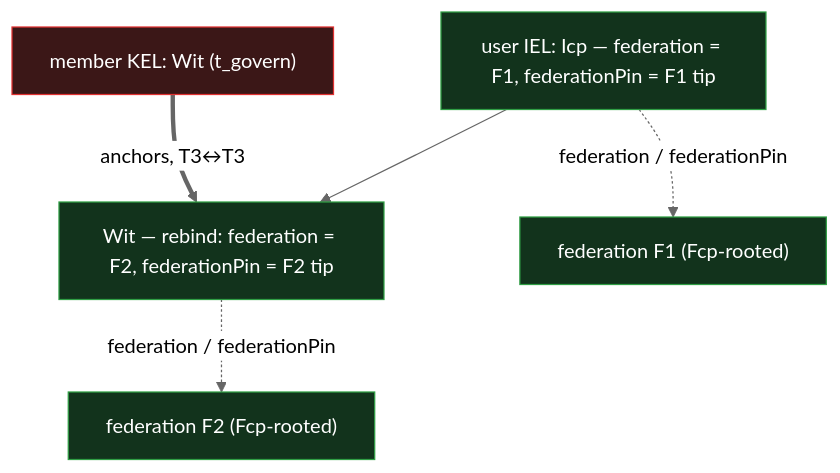
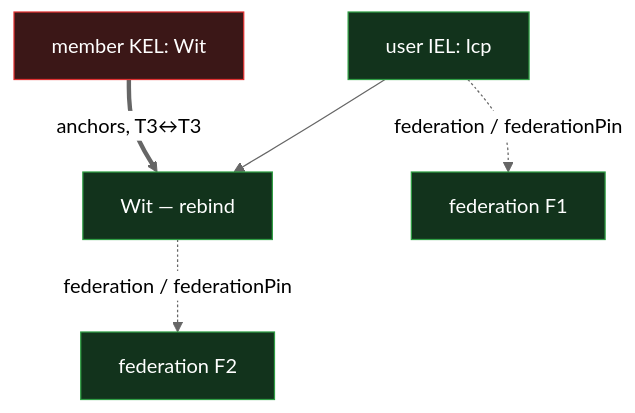
One commit to jasoncolburne/vdti changed the second of 2 diagrams in docs/design/federation/bootstrap.md. Above: the diagram before and after it, drawn with Mermaid (neutral theme). The commit also changed other lines of this file and 7 other files, not shown here.

Commit message:
VDTI-10: Diagram updates

````diff
--- a/docs/design/federation/bootstrap.md
+++ b/docs/design/federation/bootstrap.md
@@ -38,12 +38,12 @@
 ```mermaid
 flowchart TB
-  uIcp["user IEL: Icp — federation = F1, federationPin = F1 tip"]:::iel --> uWit["Wit — rebind: federation = F2, federationPin = F2 tip"]:::iel
-  kWit["member KEL: Wit (t_govern)"]:::kel
-  F1["federation F1 (Fcp-rooted)"]:::iel
-  F2["federation F2 (Fcp-rooted)"]:::iel
+  uIcp["user IEL: Icp"]:::iel --> uWit["Wit — rebind"]:::iel
+  kWit["member KEL: Wit"]:::kel
+  F1["federation F1"]:::iel
+  F2["federation F2"]:::iel
   uIcp -.->|federation / federationPin| F1
   uWit -.->|federation / federationPin| F2
   kWit ==>|anchors, T3↔T3| uWit
   classDef kel fill:#3b1717,stroke:#e03131,color:#fff
   classDef iel fill:#12331c,stroke:#2f9e44,color:#fff
 ```
````
